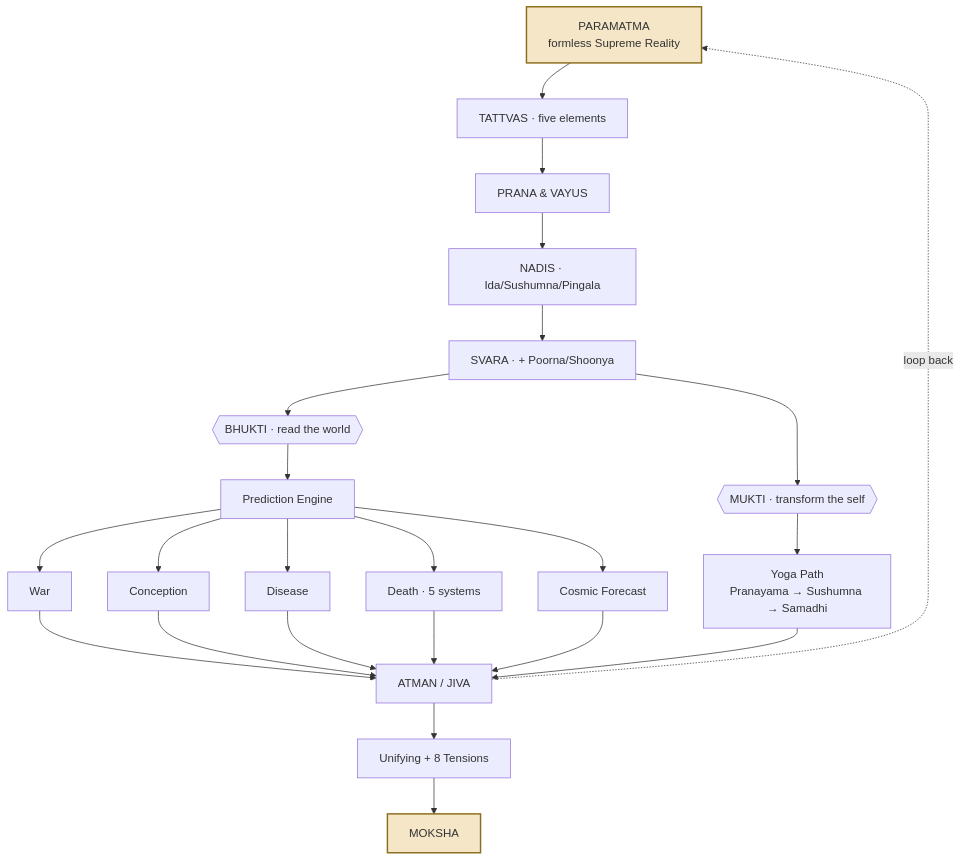
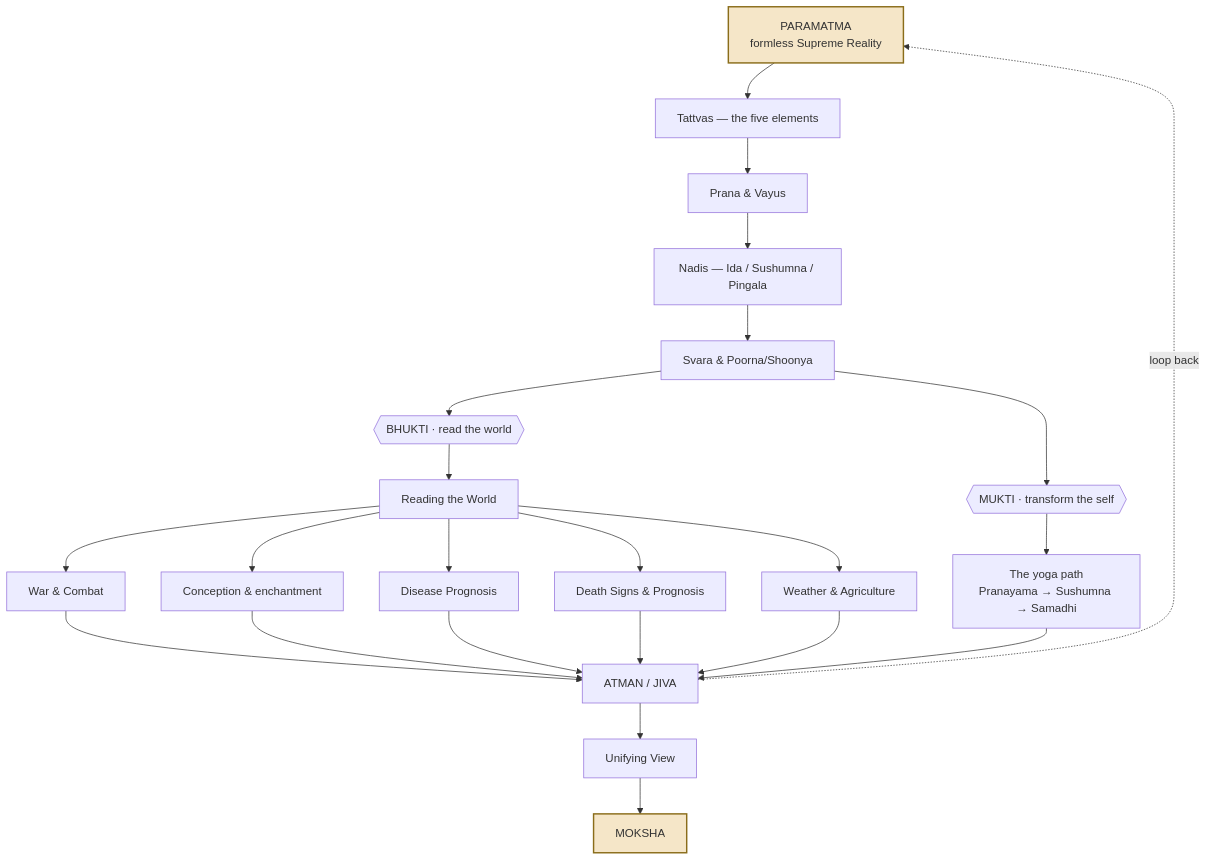
The diagram in 00-overview.md (Pranav-Joshi-Git/Shiv-Swaroday), drawn with Mermaid before and after one commit. The commit also changed other lines of this file and 22 other files, not shown here.

Commit message:
Add VitePress setup with Firebase deployment - Complete concept map with Mermaid diagrams, navigation, and search

````diff
--- a/00-overview.md
+++ b/00-overview.md
@@ -8,49 +9,49 @@
 ```mermaid
 flowchart TD
     P["PARAMATMA<br/>formless Supreme Reality"]
-    T["TATTVAS · five elements"]
-    PR["PRANA & VAYUS"]
-    N["NADIS · Ida/Sushumna/Pingala"]
-    S["SVARA · + Poorna/Shoonya"]
+    T["Tattvas — the five elements"]
+    PR["Prana & Vayus"]
+    N["Nadis — Ida / Sushumna / Pingala"]
+    S["Svara & Poorna/Shoonya"]
 
     P --> T --> PR --> N --> S
 
     S --> B{{"BHUKTI · read the world"}}
     S --> M{{"MUKTI · transform the self"}}
 
-    B --> ENG["Prediction Engine"]
-    ENG --> W["War"]
-    ENG --> C["Conception"]
-    ENG --> D["Disease"]
-    ENG --> DE["Death · 5 systems"]
-    ENG --> CO["Cosmic Forecast"]
+    B --> ENG["Reading the World"]
+    ENG --> W["War & Combat"]
+    ENG --> C["Conception & enchantment"]
+    ENG --> D["Disease Prognosis"]
+    ENG --> DE["Death Signs & Prognosis"]
+    ENG --> CO["Weather & Agriculture"]
 
-    M --> Y["Yoga Path<br/>Pranayama → Sushumna → Samadhi"]
+    M --> Y["The yoga path<br/>Pranayama → Sushumna → Samadhi"]
 
     W --> AT["ATMAN / JIVA"]
     C --> AT
     D --> AT
     DE --> AT
     CO --> AT
     Y --> AT
 
-    AT --> U["Unifying + 8 Tensions"]
+    AT --> U["Unifying View"]
     U --> MO["MOKSHA"]
     AT -. loop back .-> P
 
-    click T "01-tattvas.md" "Tattvas"
-    click PR "02-prana-vayus.md" "Prana & Vayus"
-    click N "03-nadis.md" "Nadis"
-    click S "04-svara.md" "Svara"
-    click ENG "05-bhukti-reading-the-world.md" "Prediction engine"
-    click W "06-bhukti-combat.md" "War"
-    click C "07-bhukti-conception.md" "Conception"
-    click D "08-bhukti-disease-prognosis.md" "Disease"
-    click DE "09-bhukti-lifespan-prognosis.md" "Death"
-    click CO "10-bhukti-weather-agriculture.md" "Cosmic forecast"
-    click Y "11-mukti-yoga.md" "Mukti / Yoga"
-    click U "12-unifying-view.md" "Unifying & tensions"
+    click T "/01-tattvas" "Tattvas — the five elements"
+    click PR "/02-prana-vayus" "Prana & Vayus"
+    click N "/03-nadis" "Nadis — Ida / Sushumna / Pingala"
+    click S "/04-svara" "Svara & Poorna/Shoonya"
+    click ENG "/05-bhukti-reading-the-world" "Reading the World"
+    click W "/06-bhukti-combat" "War & Combat"
+    click C "/07-bhukti-conception" "Conception & enchantment"
+    click D "/08-bhukti-disease-prognosis" "Disease Prognosis"
+    click DE "/09-bhukti-lifespan-prognosis" "Death Signs & Prognosis"
+    click CO "/10-bhukti-weather-agriculture" "Weather & Agriculture"
+    click Y "/11-mukti-yoga" "The yoga path"
+    click U "/12-unifying-view" "Unifying View"
 
     classDef source fill:#f5e6c8,stroke:#8a6d1a,stroke-width:2px;
     class P,MO source;
 ```
````
